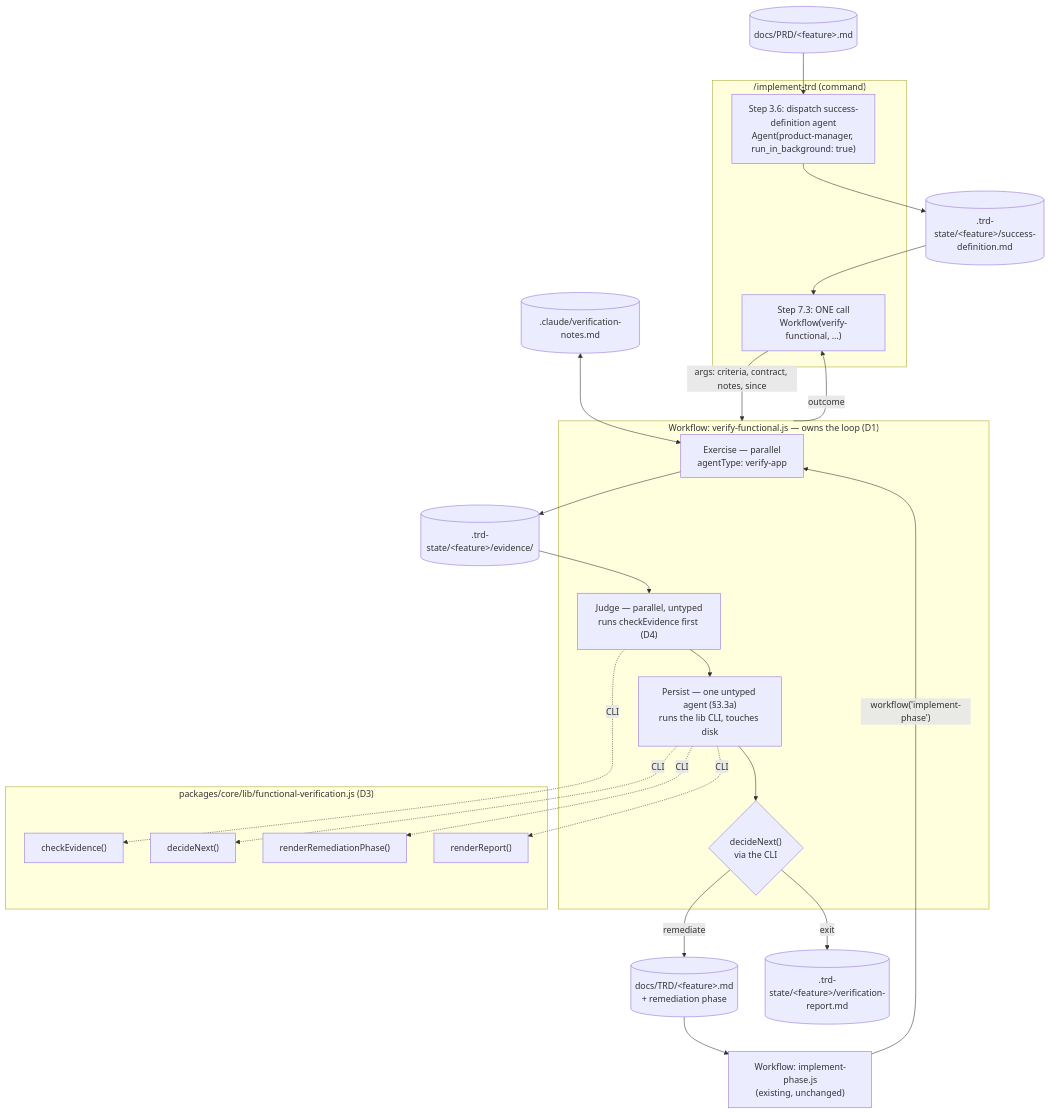
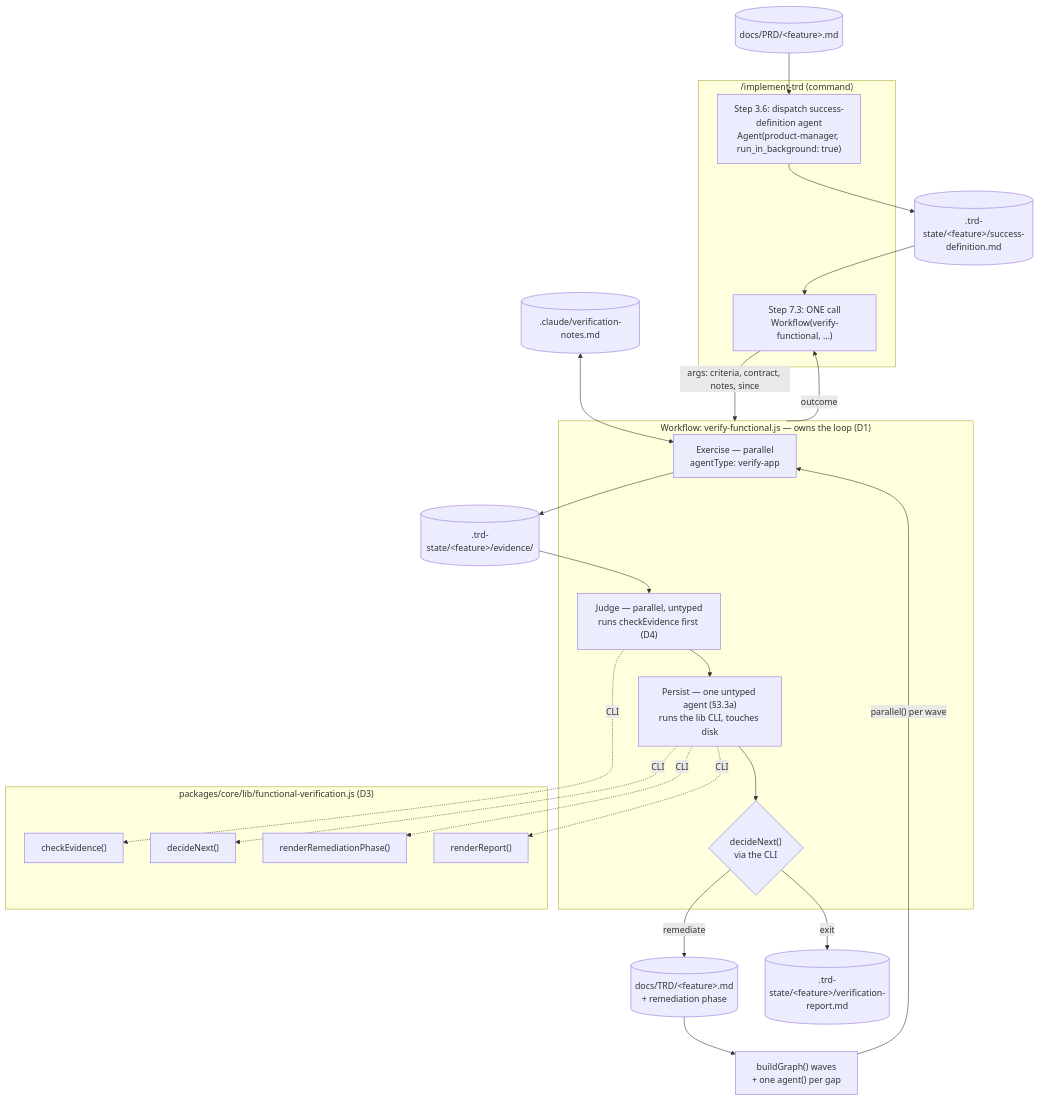
The first of 3 diagrams in docs/TRD/functional-verification.md (FortiumPartners/ensemble-vnext), drawn with Mermaid before and after one commit. The commit also changed other lines of this file, not shown here.

First line of the commit message:
docs(TRD): v1.2.0 — remediation drops the phase gate entirely

````diff
--- a/docs/TRD/functional-verification.md
+++ b/docs/TRD/functional-verification.md
@@ -109,42 +112,42 @@
 ```mermaid
 graph TB
     subgraph CMD["/implement-trd (command)"]
         DERIVE["Step 3.6: dispatch success-definition agent<br/>Agent(product-manager, run_in_background: true)"]
         CALL["Step 7.3: ONE call<br/>Workflow(verify-functional, …)"]
     end
 
     subgraph WF["Workflow: verify-functional.js — owns the loop (D1)"]
         EX["Exercise — parallel<br/>agentType: verify-app"]
         JU["Judge — parallel, untyped<br/>runs checkEvidence first (D4)"]
         PS["Persist — one untyped agent (§3.3a)<br/>runs the lib CLI, touches disk"]
         DEC{"decideNext()<br/>via the CLI"}
     end
 
     subgraph LIB["packages/core/lib/functional-verification.js (D3)"]
         CHK["checkEvidence()"]
         DECF["decideNext()"]
         REM["renderRemediationPhase()"]
         REP["renderReport()"]
     end
 
-    IP["Workflow: implement-phase.js<br/>(existing, unchanged)"]
+    IP["buildGraph() waves<br/>+ one agent() per gap"]
 
     PRD[("docs/PRD/&lt;feature&gt;.md")] --> DERIVE
     DERIVE --> SD[(".trd-state/&lt;feature&gt;/success-definition.md")]
     SD --> CALL
     CALL -->|args: criteria, contract, notes, since| WF
     EX --> EV[(".trd-state/&lt;feature&gt;/evidence/")]
     EV --> JU
     JU -.->|CLI| CHK
     NOTES[(".claude/verification-notes.md")] <--> EX
     JU --> PS
     PS -.->|CLI| DECF
     PS -.->|CLI| REM
     PS -.->|CLI| REP
     PS --> DEC
     DEC -->|remediate| TRD[("docs/TRD/&lt;feature&gt;.md<br/>+ remediation phase")]
     TRD --> IP
-    IP -->|"workflow('implement-phase')"| EX
+    IP -->|"parallel() per wave"| EX
     DEC -->|exit| RPT[(".trd-state/&lt;feature&gt;/verification-report.md")]
     WF -->|outcome| CALL
 ```
````
